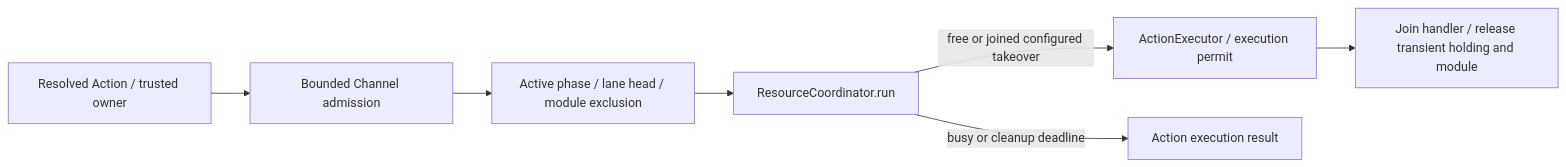
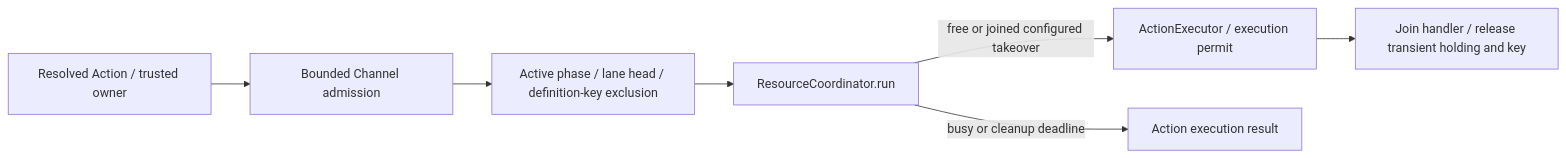
The second of 8 diagrams in MobileHarness/Gateway/Output/Scheduling/README.md (devilyouwei/MobileHarness), drawn with Mermaid before and after one commit. The commit also changed other lines of this file and 238 other files, not shown here.

````diff
--- a/MobileHarness/Gateway/Output/Scheduling/README.md
+++ b/MobileHarness/Gateway/Output/Scheduling/README.md
@@ -56,9 +56,9 @@
 ```mermaid
 flowchart LR
     Call[Resolved Action / trusted owner] --> Admission[Bounded Channel admission]
-    Admission --> FIFO[Active phase / lane head / module exclusion]
+    Admission --> FIFO[Active phase / lane head / definition-key exclusion]
     FIFO --> Resource[ResourceCoordinator.run]
     Resource -->|free or joined configured takeover| Execute[ActionExecutor / execution permit]
     Resource -->|busy or cleanup deadline| Failure[Action execution result]
-    Execute --> End[Join handler / release transient holding and module]
+    Execute --> End[Join handler / release transient holding and key]
 ```
````
